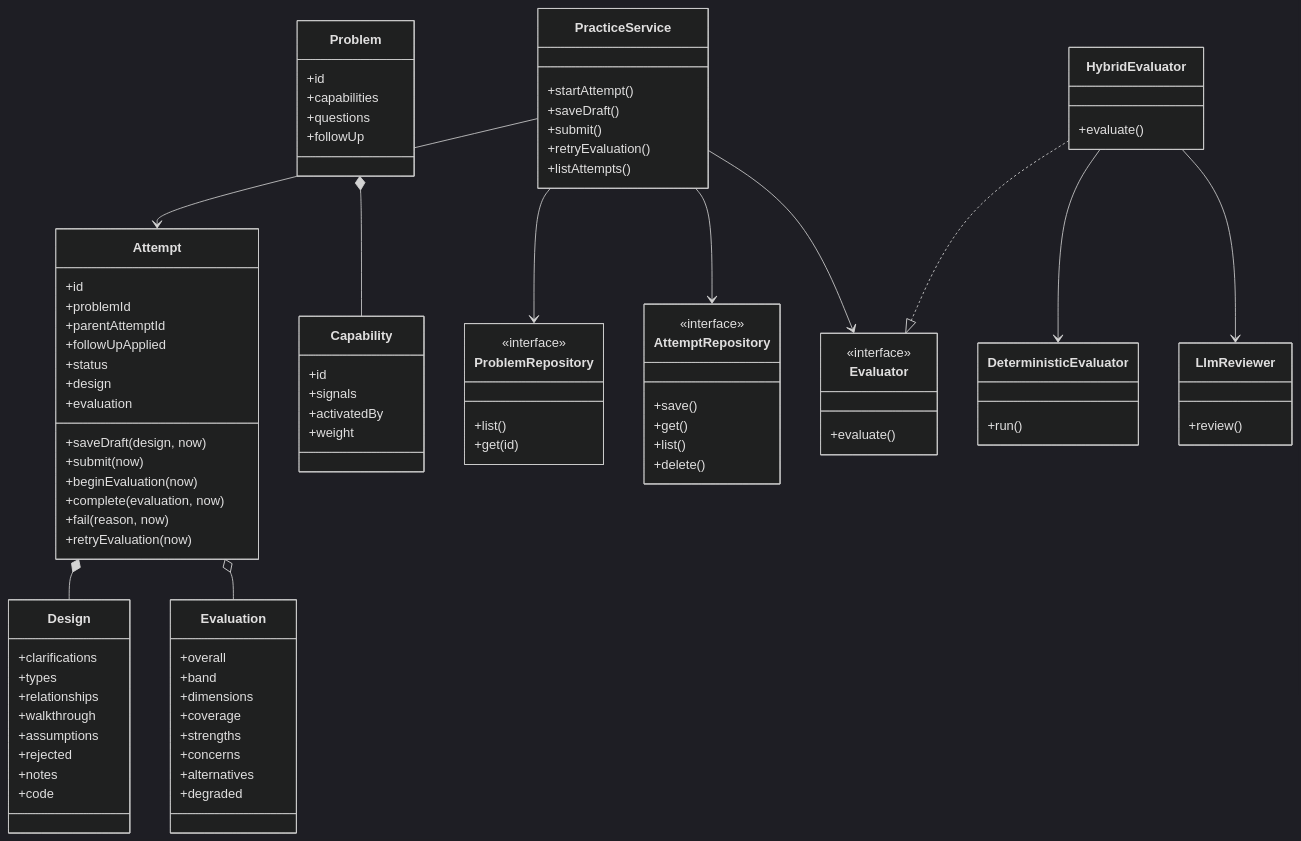
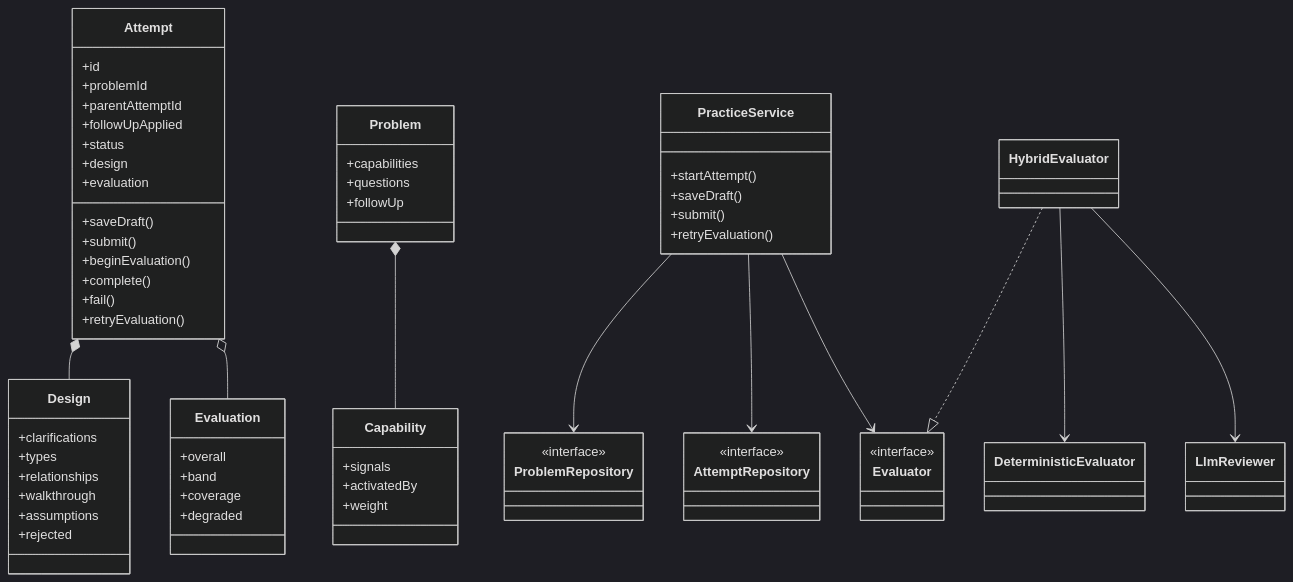
Before and after one commit to shubhangini67/spoke-lld-practice: the fourth of 5 diagrams in README.md, drawn with Mermaid (dark theme). The commit also changed other lines of this file and 7 other files, not shown here.

```diff
--- a/README.md
+++ b/README.md
@@ -204,14 +185,13 @@
     +status
     +design
     +evaluation
-    +saveDraft(design, now)
-    +submit(now)
-    +beginEvaluation(now)
-    +complete(evaluation, now)
-    +fail(reason, now)
-    +retryEvaluation(now)
+    +saveDraft()
+    +submit()
+    +beginEvaluation()
+    +complete()
+    +fail()
+    +retryEvaluation()
   }
-
   class Design {
     +clarifications
     +types
@@ -219,73 +199,41 @@
     +walkthrough
     +assumptions
     +rejected
-    +notes
-    +code
   }
-
   class Problem {
-    +id
     +capabilities
     +questions
     +followUp
   }
-
   class Capability {
-    +id
     +signals
     +activatedBy
     +weight
   }
-
   class Evaluation {
     +overall
     +band
-    +dimensions
     +coverage
-    +strengths
-    +concerns
-    +alternatives
     +degraded
   }
-
   class PracticeService {
     +startAttempt()
     +saveDraft()
     +submit()
     +retryEvaluation()
-    +listAttempts()
   }
-
   class ProblemRepository {
     <<interface>>
-    +list()
-    +get(id)
   }
-
   class AttemptRepository {
     <<interface>>
-    +save()
-    +get()
-    +list()
-    +delete()
   }
-
   class Evaluator {
     <<interface>>
-    +evaluate()
   }
-
-  class HybridEvaluator {
-    +evaluate()
-  }
-
-  class DeterministicEvaluator {
-    +run()
-  }
-
-  class LlmReviewer {
-    +review()
-  }
+  class HybridEvaluator
+  class DeterministicEvaluator
+  class LlmReviewer
 
   Attempt *-- Design
   Attempt o-- Evaluation
@@ -293,7 +241,6 @@
   PracticeService --> ProblemRepository
   PracticeService --> AttemptRepository
   PracticeService --> Evaluator
-  PracticeService --> Attempt
   HybridEvaluator ..|> Evaluator
   HybridEvaluator --> DeterministicEvaluator
   HybridEvaluator --> LlmReviewer
```
